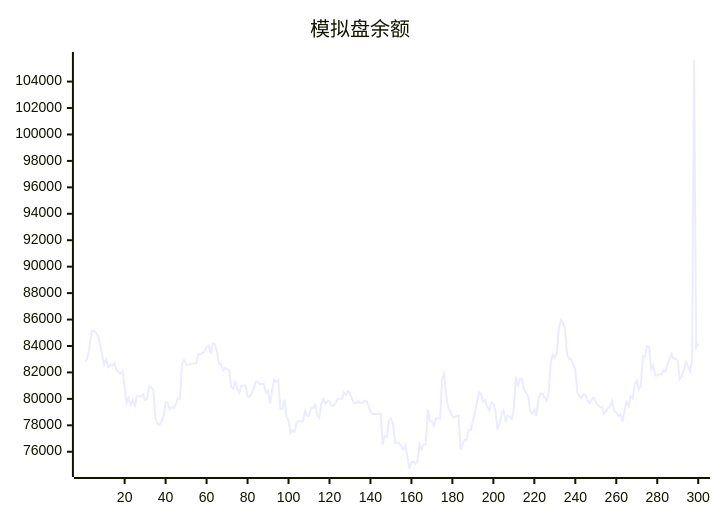
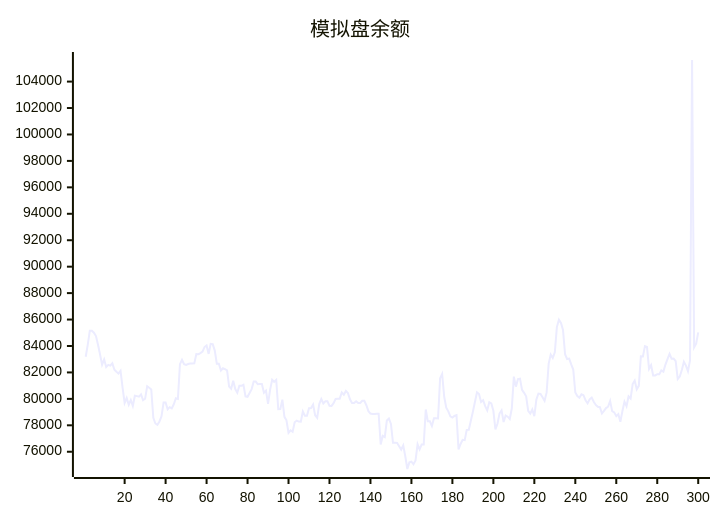
Before and after one commit to aahl/ai-trading: the diagram in README.md, drawn with Mermaid. The commit also changed other lines of this file and 1 other file, not shown here.

````diff
--- a/README.md
+++ b/README.md
@@ -5,5 +5,5 @@
 ```mermaid
 xychart
     title "模拟盘余额"
-    line [82835,83184,84099,85150,85150,85002,84751,84096,83356,82582,82983,82404,82572,82512,82688,82200,82047,81920,82125,80840,79688,80060,79552,79920,79470,80236,80208,80170,80336,79894,80006,80954,80837,80712,78561,78139,78037,78293,78682,79720,79720,79214,79372,79279,79591,80046,79993,82625,82950,82626,82571,82633,82670,82670,82681,83386,83378,83464,83579,83920,84037,83402,84160,84142,83652,82655,82655,82145,82315,82243,82163,80934,80770,81371,80742,80468,80989,80989,81067,80191,80155,80450,80737,81309,81309,81106,81119,81119,80471,80631,79624,80670,81448,81290,81429,79212,79222,79940,78643,78380,77432,77623,77504,78235,78358,78284,78277,79048,78714,78714,79290,79308,79567,78763,78563,79603,79988,79652,79813,79813,79476,79469,79673,79995,80015,80015,80486,80314,80600,80436,79966,79689,79689,79819,79692,79692,79850,79850,79518,79071,78889,78850,78850,78878,78878,76554,77202,77103,78357,78510,78106,76678,76677,76672,76411,76159,76485,75656,74695,75197,75246,75052,75334,76564,76179,76553,76551,79196,78300,78300,77944,78531,78531,78521,81564,81884,80160,79335,79055,78675,78580,78708,78764,76179,76586,76902,76876,77658,77669,78346,79023,79769,80497,80366,79761,79896,79448,79126,79749,79658,79097,77695,78114,78888,79126,78249,78738,78653,78478,79271,81680,80923,81488,81527,80681,80455,80190,79084,78879,79193,78686,79954,80403,80374,80118,79848,80491,82665,83351,83098,83525,85430,85983,85737,85221,83378,83014,83043,82613,82216,80477,80208,80081,80348,80277,79894,79670,79965,80093,79786,79542,79406,79371,78893,79087,79304,79406,79841,79072,78978,78696,78846,78272,79085,79787,79442,80198,80031,81120,81379,80718,80985,83214,83212,83993,83921,82270,82547,81776,81776,81866,81866,82158,82061,82596,83000,83408,83041,83050,82858,81503,81691,82188,82812,82517,82092,82901,105633,83898,84180]
+    line [83184,84099,85150,85150,85002,84751,84096,83356,82582,82983,82404,82572,82512,82688,82200,82047,81920,82125,80840,79688,80060,79552,79920,79470,80236,80208,80170,80336,79894,80006,80954,80837,80712,78561,78139,78037,78293,78682,79720,79720,79214,79372,79279,79591,80046,79993,82625,82950,82626,82571,82633,82670,82670,82681,83386,83378,83464,83579,83920,84037,83402,84160,84142,83652,82655,82655,82145,82315,82243,82163,80934,80770,81371,80742,80468,80989,80989,81067,80191,80155,80450,80737,81309,81309,81106,81119,81119,80471,80631,79624,80670,81448,81290,81429,79212,79222,79940,78643,78380,77432,77623,77504,78235,78358,78284,78277,79048,78714,78714,79290,79308,79567,78763,78563,79603,79988,79652,79813,79813,79476,79469,79673,79995,80015,80015,80486,80314,80600,80436,79966,79689,79689,79819,79692,79692,79850,79850,79518,79071,78889,78850,78850,78878,78878,76554,77202,77103,78357,78510,78106,76678,76677,76672,76411,76159,76485,75656,74695,75197,75246,75052,75334,76564,76179,76553,76551,79196,78300,78300,77944,78531,78531,78521,81564,81884,80160,79335,79055,78675,78580,78708,78764,76179,76586,76902,76876,77658,77669,78346,79023,79769,80497,80366,79761,79896,79448,79126,79749,79658,79097,77695,78114,78888,79126,78249,78738,78653,78478,79271,81680,80923,81488,81527,80681,80455,80190,79084,78879,79193,78686,79954,80403,80374,80118,79848,80491,82665,83351,83098,83525,85430,85983,85737,85221,83378,83014,83043,82613,82216,80477,80208,80081,80348,80277,79894,79670,79965,80093,79786,79542,79406,79371,78893,79087,79304,79406,79841,79072,78978,78696,78846,78272,79085,79787,79442,80198,80031,81120,81379,80718,80985,83214,83212,83993,83921,82270,82547,81776,81776,81866,81866,82158,82061,82596,83000,83408,83041,83050,82858,81503,81691,82188,82812,82517,82092,82901,105633,83898,84180,85030]
 ```
````
